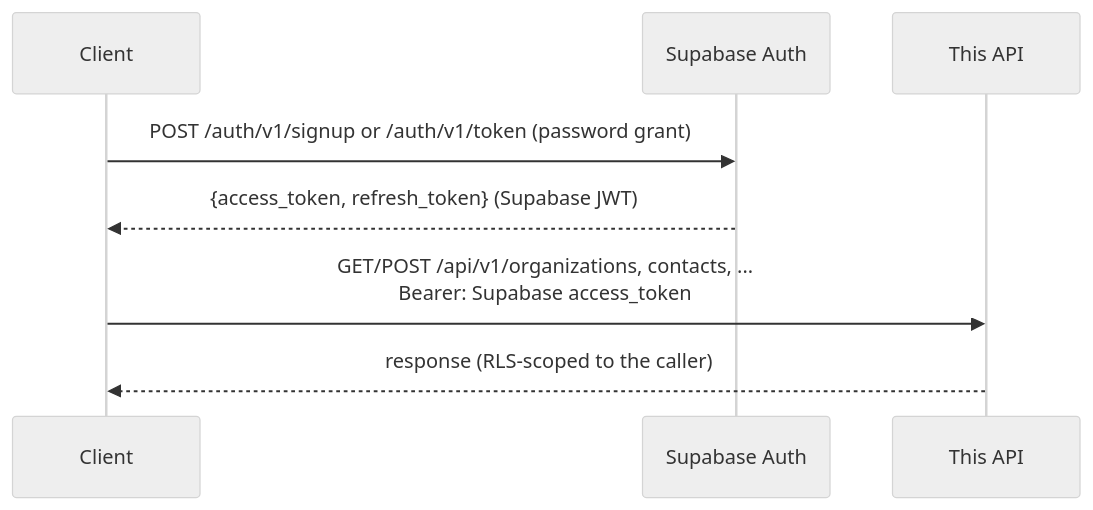
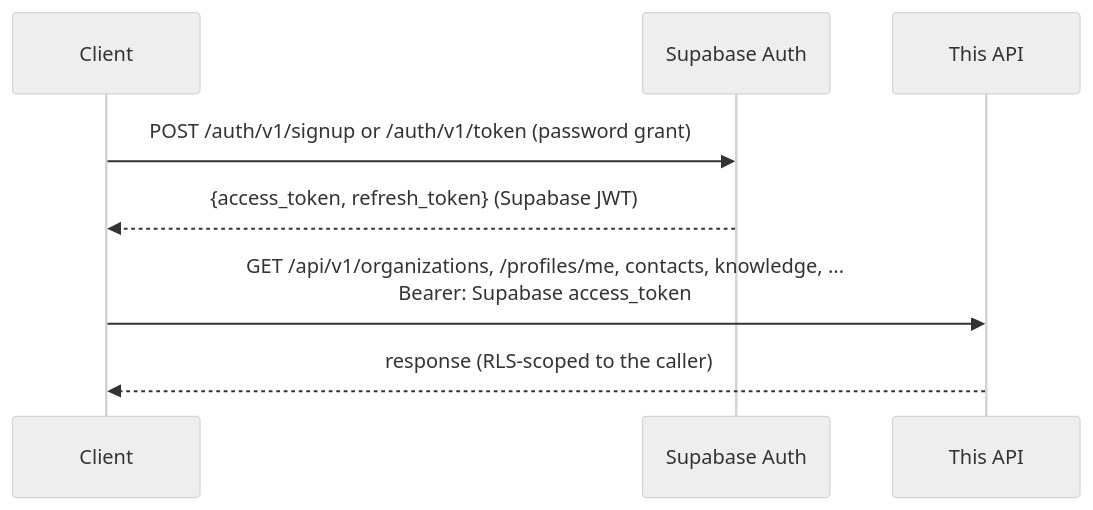
One commit to sebytremblay/mirenta-backend changed the diagram in docs/authentication.md. Above: the diagram before and after it, drawn with Mermaid (neutral theme). The commit also changed other lines of this file and 57 other files, not shown here.

First line of the commit message:
Add org knowledge base, profiles API, and silence follow-up, and reorganize services.

````diff
--- a/docs/authentication.md
+++ b/docs/authentication.md
@@ -7,12 +7,12 @@
 ```mermaid
 sequenceDiagram
     participant C as Client
     participant S as Supabase Auth
     participant A as This API
 
     C->>S: POST /auth/v1/signup or /auth/v1/token (password grant)
     S-->>C: {access_token, refresh_token} (Supabase JWT)
 
-    C->>A: GET/POST /api/v1/organizations, contacts, ...<br/>Bearer: Supabase access_token
+    C->>A: GET /api/v1/organizations, /profiles/me, contacts, knowledge, ...<br/>Bearer: Supabase access_token
     A-->>C: response (RLS-scoped to the caller)
 ```
````
